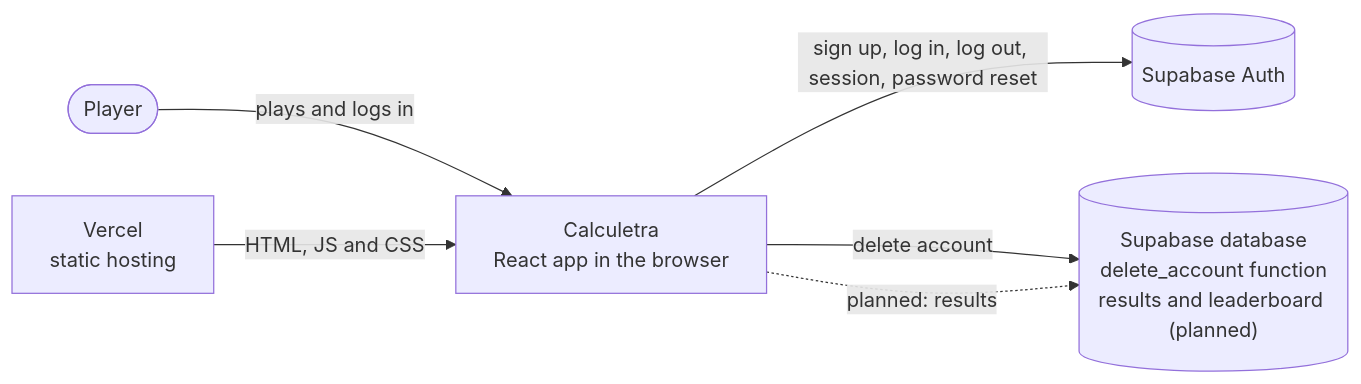
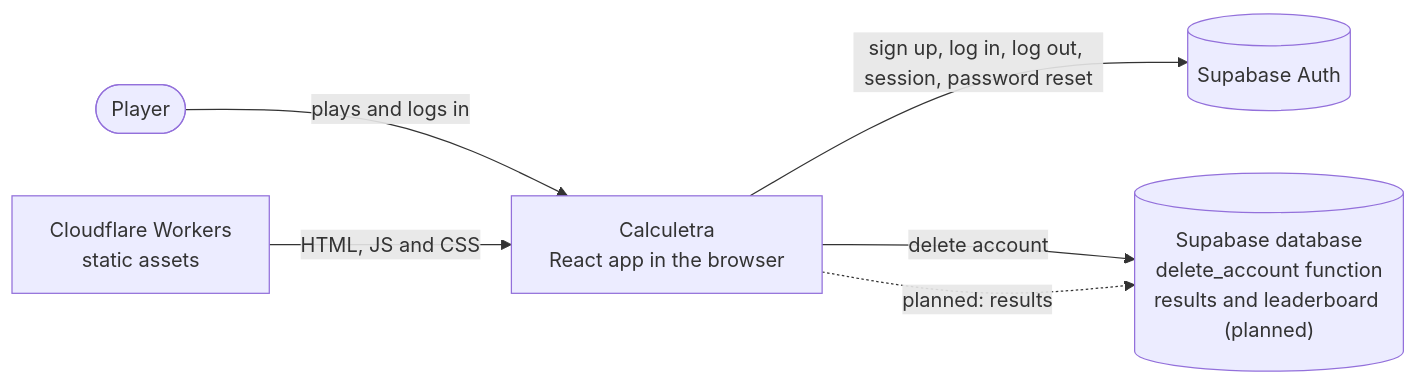
Before and after one commit to MatiCoding/calculetra: the first of 2 diagrams in docs/architecture.md, drawn with Mermaid. The commit also changed other lines of this file and 2 other files, not shown here.

Commit message:
docs: move README, CONTRIBUTING and architecture to Cloudflare
Refs #86

````diff
--- a/docs/architecture.md
+++ b/docs/architecture.md
@@ -21,14 +21,14 @@
 ```mermaid
 flowchart LR
     player(["Player"])
     browser["Calculetra<br/>React app in the browser"]
-    vercel["Vercel<br/>static hosting"]
+    cloudflare["Cloudflare Workers<br/>static assets"]
     supabase[("Supabase Auth")]
     db[("Supabase database<br/>delete_account function<br/>results and leaderboard (planned)")]
 
     player -->|plays and logs in| browser
-    vercel -->|HTML, JS and CSS| browser
+    cloudflare -->|HTML, JS and CSS| browser
     browser -->|sign up, log in, log out, session, password reset| supabase
     browser -->|delete account| db
     browser -.->|planned: results| db
 ```
````
